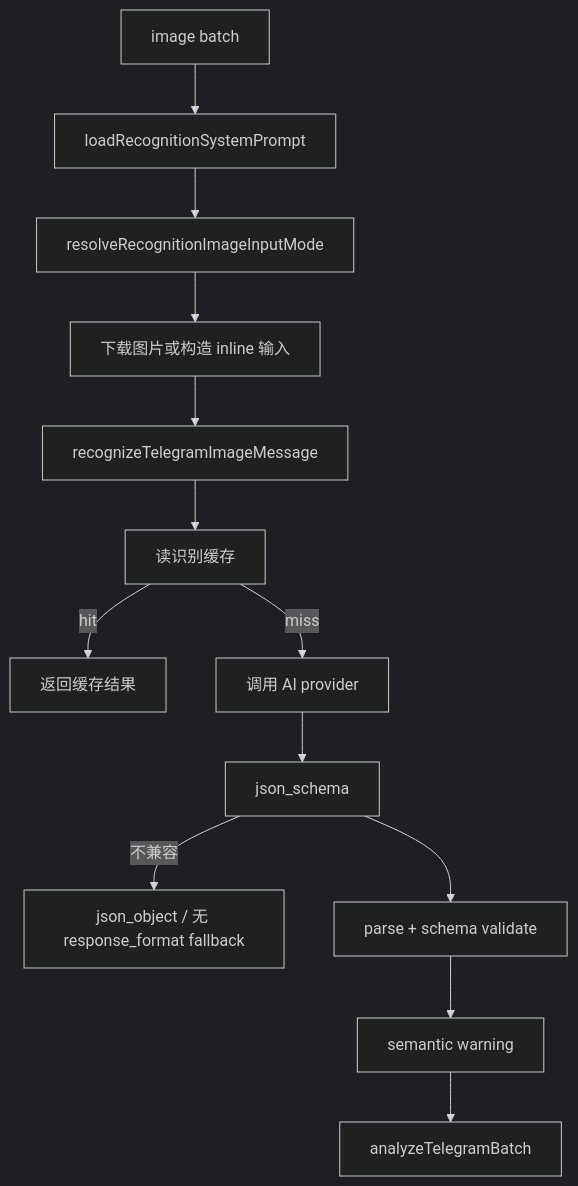
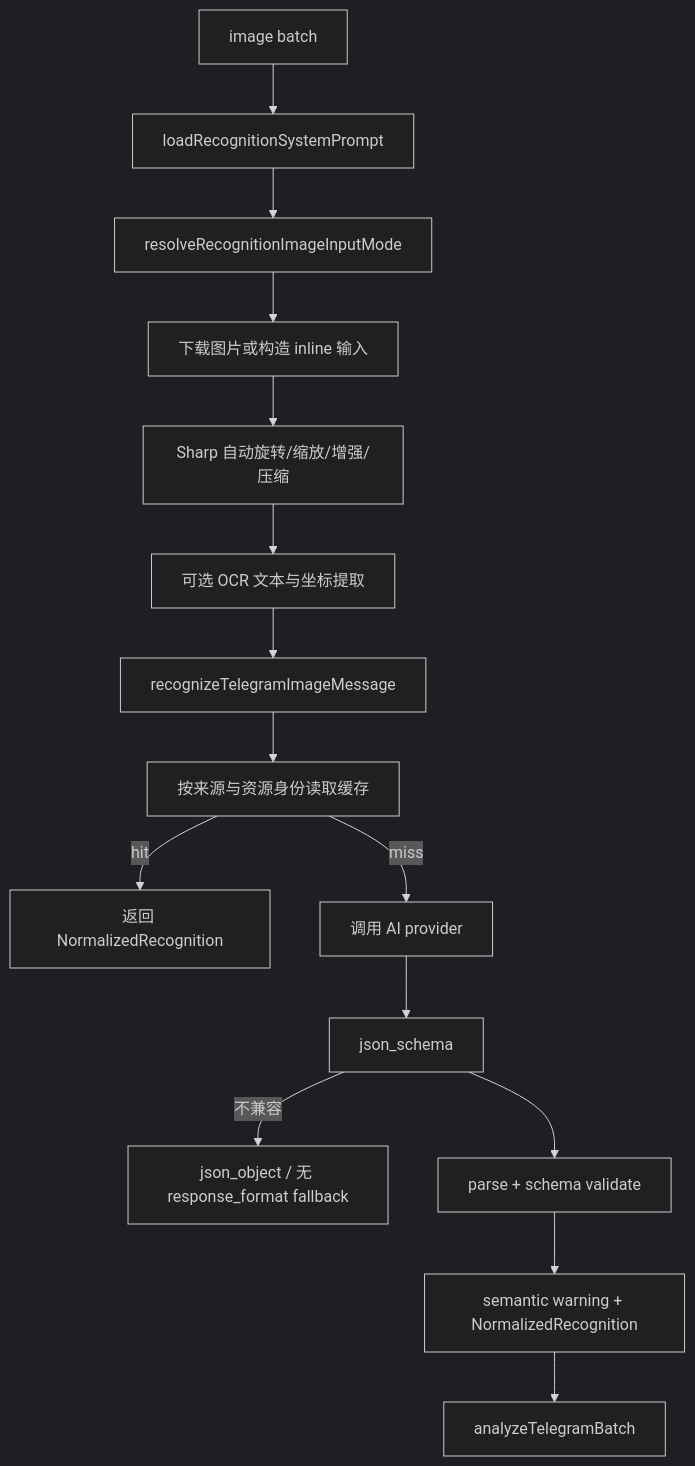
Before and after one commit to soulgo/training_records: the diagram in docs/02_系统核心逻辑/图片识别逻辑.md, drawn with Mermaid (dark theme). The commit also changed other lines of this file and 75 other files, not shown here.

Commit message:
重构：升级通用截图识别与数据链路

````diff
--- a/docs/02_系统核心逻辑/图片识别逻辑.md
+++ b/docs/02_系统核心逻辑/图片识别逻辑.md
@@ -5,15 +5,17 @@
 ```mermaid
 flowchart TD
   A[image batch] --> B[loadRecognitionSystemPrompt]
   B --> C[resolveRecognitionImageInputMode]
   C --> D[下载图片或构造 inline 输入]
-  D --> E[recognizeTelegramImageMessage]
-  E --> F[读识别缓存]
-  F -->|hit| G[返回缓存结果]
-  F -->|miss| H[调用 AI provider]
-  H --> I[json_schema]
-  I -->|不兼容| J[json_object / 无 response_format fallback]
-  I --> K[parse + schema validate]
-  K --> L[semantic warning]
-  L --> M[analyzeTelegramBatch]
+  D --> E[Sharp 自动旋转/缩放/增强/压缩]
+  E --> F[可选 OCR 文本与坐标提取]
+  F --> G[recognizeTelegramImageMessage]
+  G --> H[按来源与资源身份读取缓存]
+  H -->|hit| I[返回 NormalizedRecognition]
+  H -->|miss| J[调用 AI provider]
+  J --> K[json_schema]
+  K -->|不兼容| L[json_object / 无 response_format fallback]
+  K --> M[parse + schema validate]
+  M --> N[semantic warning + NormalizedRecognition]
+  N --> O[analyzeTelegramBatch]
 ```
````
